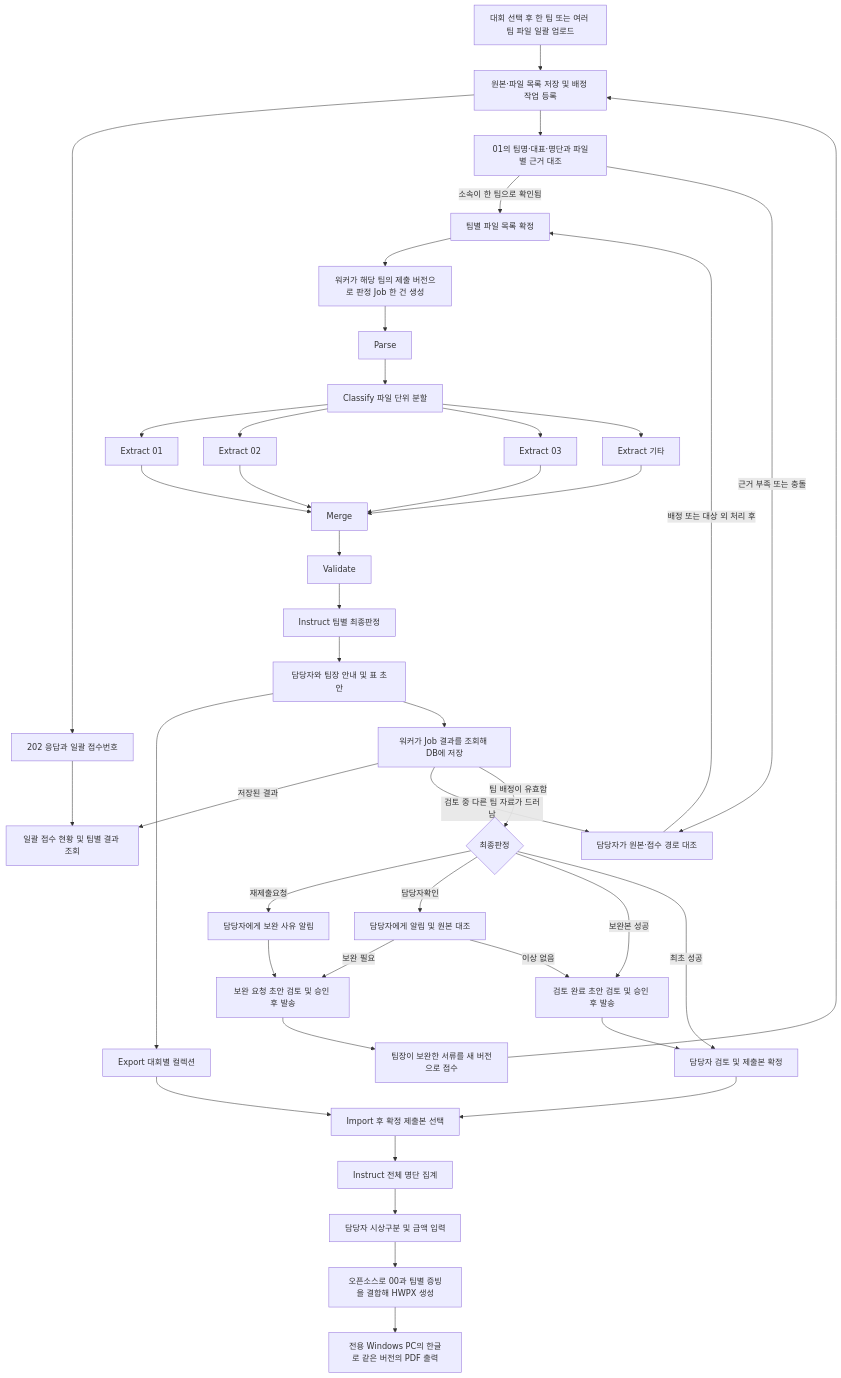
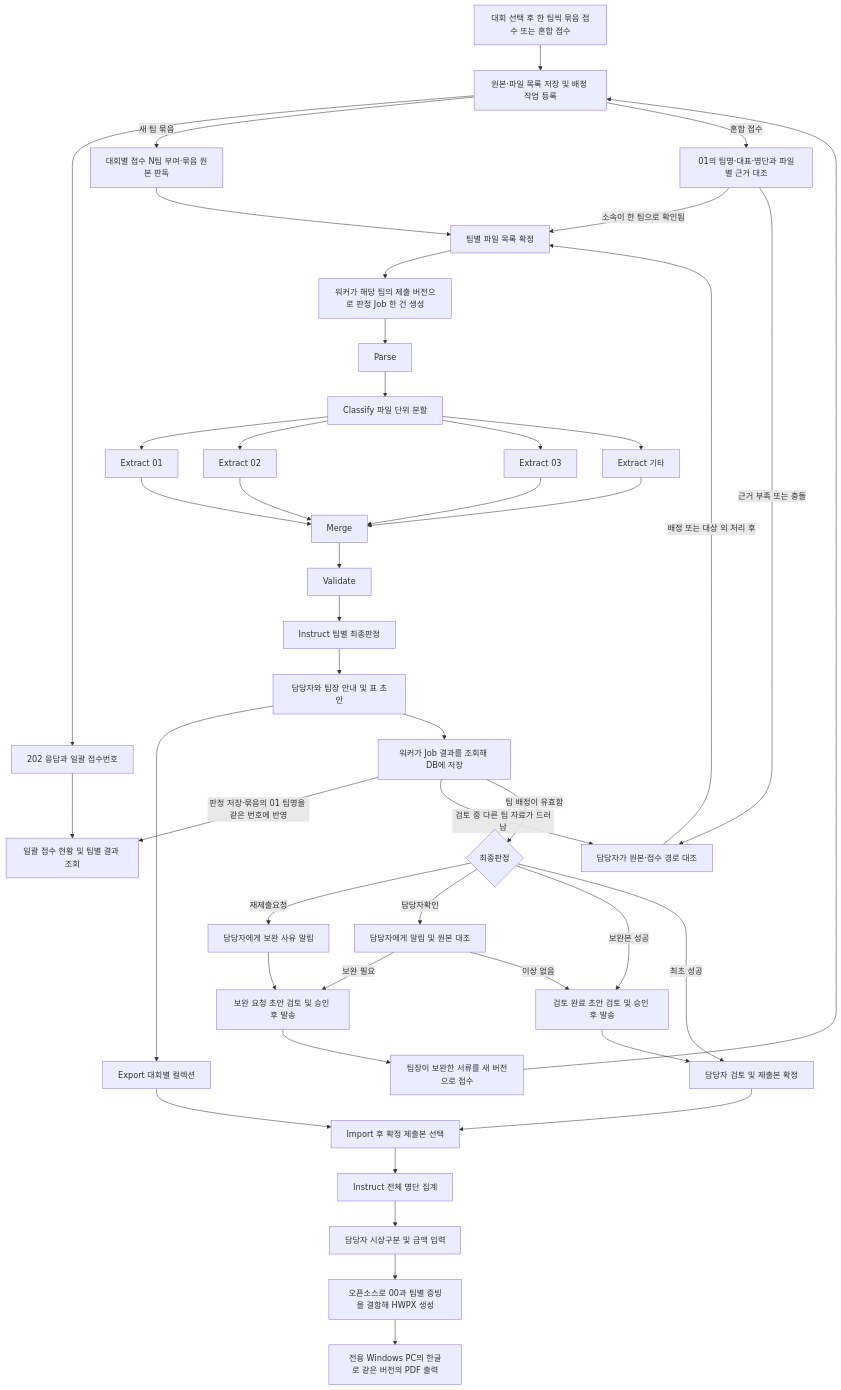
The diagram in PROJECT_PLAN.md (2026-x-Upstage-AI-Agent-team/SW-AX), drawn with Mermaid before and after one commit. The commit also changed other lines of this file and 16 other files, not shown here.

````diff
--- a/PROJECT_PLAN.md
+++ b/PROJECT_PLAN.md
@@ -99,45 +99,47 @@
 ```mermaid
 flowchart TD
-    A[대회 선택 후 한 팀 또는 여러 팀 파일 일괄 업로드] --> AB[원본·파일 목록 저장 및 배정 작업 등록]
+    A[대회 선택 후 한 팀씩 묶음 접수 또는 혼합 접수] --> AB[원본·파일 목록 저장 및 배정 작업 등록]
     AB --> AC[202 응답과 일괄 접수번호]
     AC --> AD[일괄 접수 현황 및 팀별 결과 조회]
-    AB --> Y[01의 팀명·대표·명단과 파일별 근거 대조]
-    Y -->|소속이 한 팀으로 확인됨| READY[팀별 파일 목록 확정]
+    AB -->|새 팀 묶음| NUM[대회별 접수 N팀 부여·묶음 원본 판독]
+    NUM --> READY[팀별 파일 목록 확정]
+    AB -->|혼합 접수| Y[01의 팀명·대표·명단과 파일별 근거 대조]
+    Y -->|소속이 한 팀으로 확인됨| READY
     Y -->|근거 부족 또는 충돌| HOLD[담당자가 원본·접수 경로 대조]
     HOLD -->|배정 또는 대상 외 처리 후| READY
     READY --> Z[워커가 해당 팀의 제출 버전으로 판정 Job 한 건 생성]
     Z --> B[Parse]
     B --> C[Classify 파일 단위 분할]
     C --> D[Extract 01]
     C --> E[Extract 02]
     C --> F[Extract 03]
     C --> G[Extract 기타]
     D --> H[Merge]
     E --> H
     F --> H
     G --> H
     H --> I[Validate]
     I --> J[Instruct 팀별 최종판정]
     J --> X[담당자와 팀장 안내 및 표 초안]
     X --> K[Export 대회별 컬렉션]
     X --> AA[워커가 Job 결과를 조회해 DB에 저장]
-    AA -->|저장된 결과| AD
+    AA -->|판정 저장·묶음의 01 팀명을 같은 번호에 반영| AD
     AA -->|검토 중 다른 팀 자료가 드러남| HOLD
     AA -->|팀 배정이 유효함| Q{최종판정}
     Q -->|재제출요청| R[담당자에게 보완 사유 알림]
     R --> S[보완 요청 초안 검토 및 승인 후 발송]
     S --> T[팀장이 보완한 서류를 새 버전으로 접수]
     T --> AB
     Q -->|담당자확인| U[담당자에게 알림 및 원본 대조]
     U -->|보완 필요| S
     U -->|이상 없음| W[검토 완료 초안 검토 및 승인 후 발송]
     Q -->|보완본 성공| W
     Q -->|최초 성공| L[담당자 검토 및 제출본 확정]
     W --> L
     L --> M[Import 후 확정 제출본 선택]
     K --> M
     M --> N[Instruct 전체 명단 집계]
     N --> O[담당자 시상구분 및 금액 입력]
     O --> P[오픈소스로 00과 팀별 증빙을 결합해 HWPX 생성]
     P --> PDF[전용 Windows PC의 한글로 같은 버전의 PDF 출력]
 ```
````
